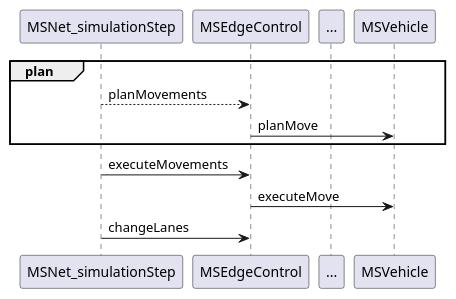
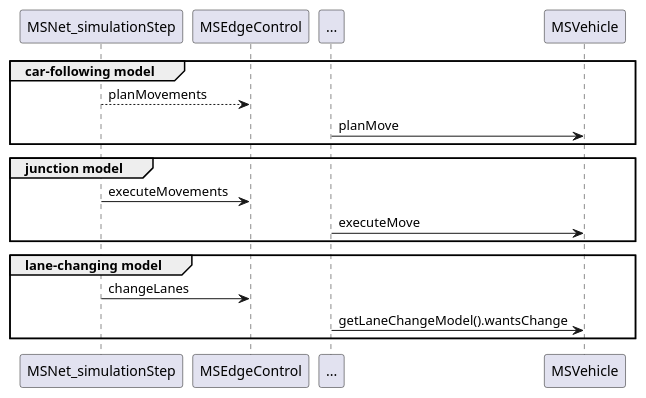
Before and after one commit to eclipse-sumo/sumo: the diagram in docs/web/docs/Developer/Implementation_Notes/Simulation_Loop.md, drawn with PlantUML.

Commit message:
#2 tweaking diagram

````diff
--- a/docs/web/docs/Developer/Implementation_Notes/Simulation_Loop.md
+++ b/docs/web/docs/Developer/Implementation_Notes/Simulation_Loop.md
@@ -12,16 +12,21 @@
 ```plantuml
 @startuml
 participant MSNet_simulationStep as simstep
 participant MSEdgeControl
 participant ...
 participant MSVehicle
 
-group plan
+group car-following model
 simstep --> MSEdgeControl : planMovements
-MSEdgeControl -> MSVehicle : planMove
+... -> MSVehicle : planMove
 end
+group junction model
 simstep -> MSEdgeControl : executeMovements
-MSEdgeControl -> MSVehicle : executeMove
+... -> MSVehicle : executeMove
+end
+group lane-changing model
 simstep -> MSEdgeControl : changeLanes
+... -> MSVehicle : getLaneChangeModel().wantsChange
+end
 @enduml
 ```
````
